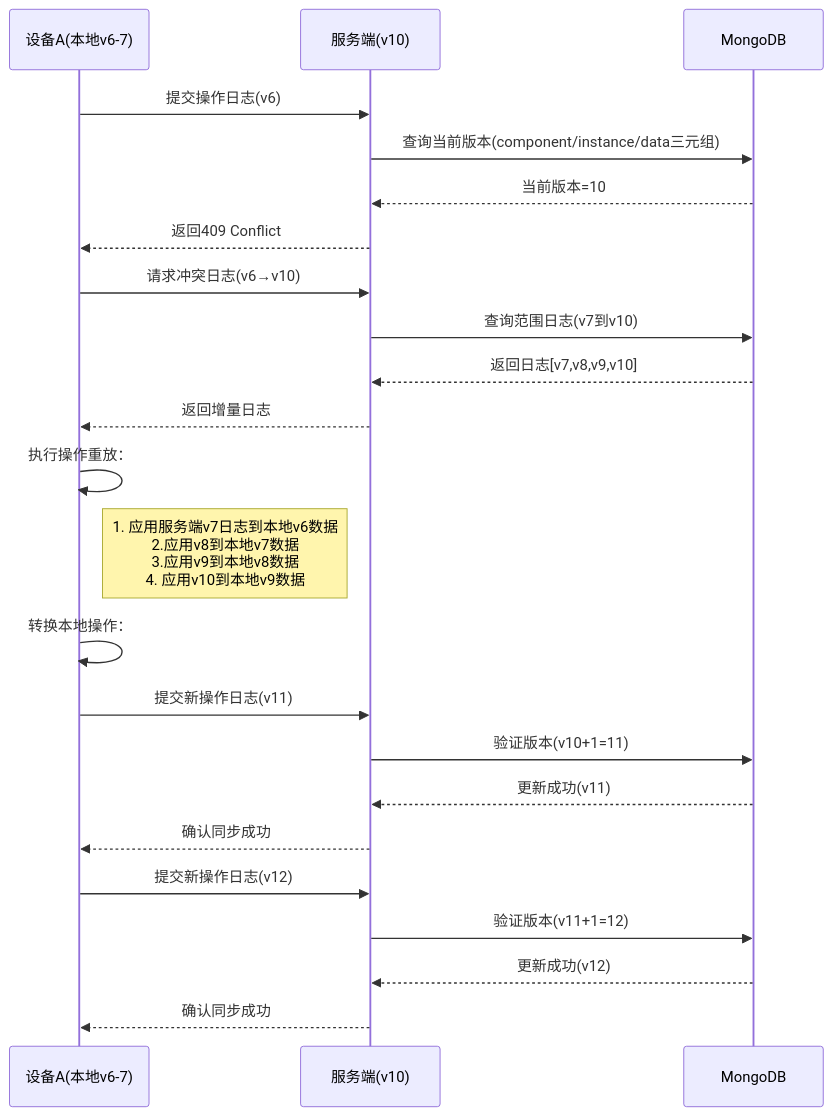
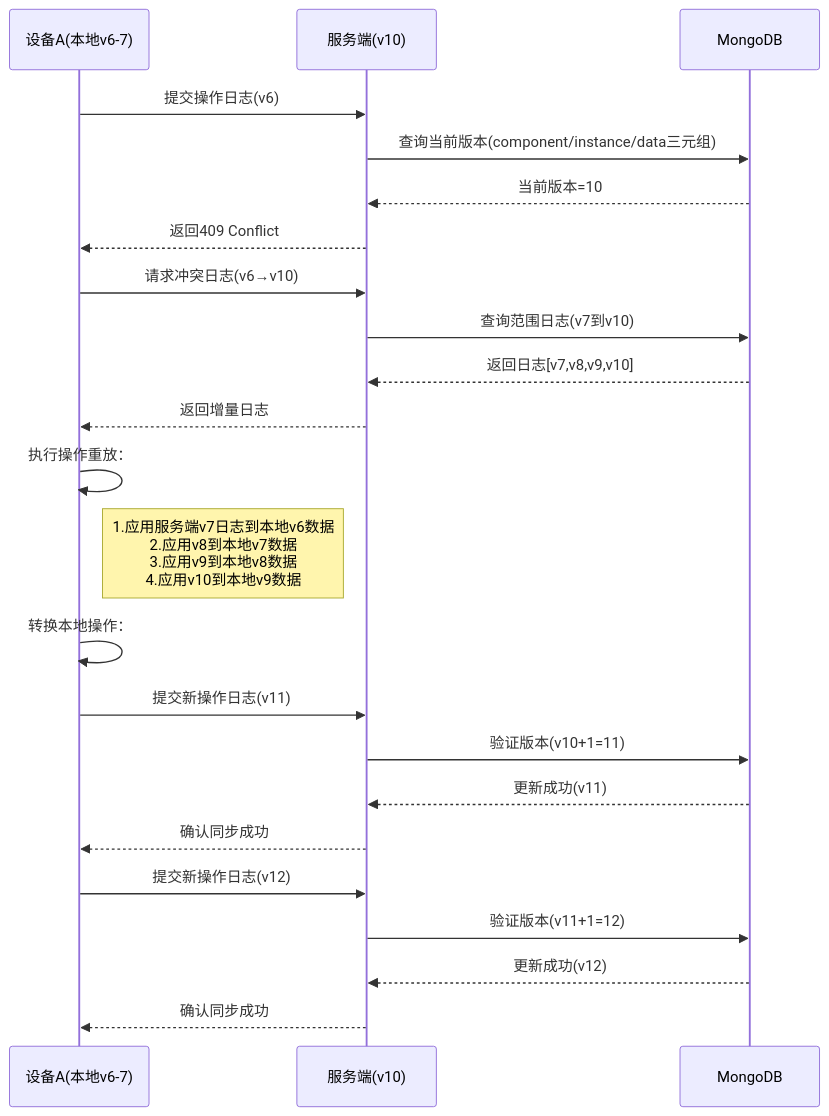
Before and after one commit to yingjianzh/iodraw-files: the diagram in all/未命名-26.md, drawn with Mermaid.

Commit message:
2025-02-26 16:23:16 update

````diff
--- a/all/未命名-26.md
+++ b/all/未命名-26.md
@@ -1,39 +1,39 @@
 ```mermaid
 sequenceDiagram
     participant A as 设备A(本地v6-7)
     participant S as 服务端(v10)
     participant DB as MongoDB
 
     %% 初始同步尝试
     A->>S: 提交操作日志(v6)
     S->>DB: 查询当前版本(component/instance/data三元组)
     DB-->>S: 当前版本=10
     S-->>A: 返回409 Conflict
 
     %% 冲突解决阶段
     A->>S: 请求冲突日志(v6→v10)
     S->>DB: 查询范围日志(v7到v10)
     DB-->>S: 返回日志[v7,v8,v9,v10]
     S-->>A: 返回增量日志
 
     %% 本地数据重建
     A->>A: 执行操作重放：
-    note right of A: 1. 应用服务端v7日志到本地v6数据 <br> 2.应用v8到本地v7数据 <br> 3.应用v9到本地v8数据 <br> 4. 应用v10到本地v9数据
+    note right of A: 1.应用服务端v7日志到本地v6数据 <br> 2.应用v8到本地v7数据 <br> 3.应用v9到本地v8数据 <br> 4.应用v10到本地v9数据
 
 
 
     %% 本地操作转换
     A->>A: 转换本地操作：
     
 
     %% 重新提交
     A->>S: 提交新操作日志(v11)
     S->>DB: 验证版本(v10+1=11)
     DB-->>S: 更新成功(v11)
     S-->>A: 确认同步成功
 
     A->>S: 提交新操作日志(v12)
     S->>DB: 验证版本(v11+1=12)
     DB-->>S: 更新成功(v12)
     S-->>A: 确认同步成功
 ```
````
